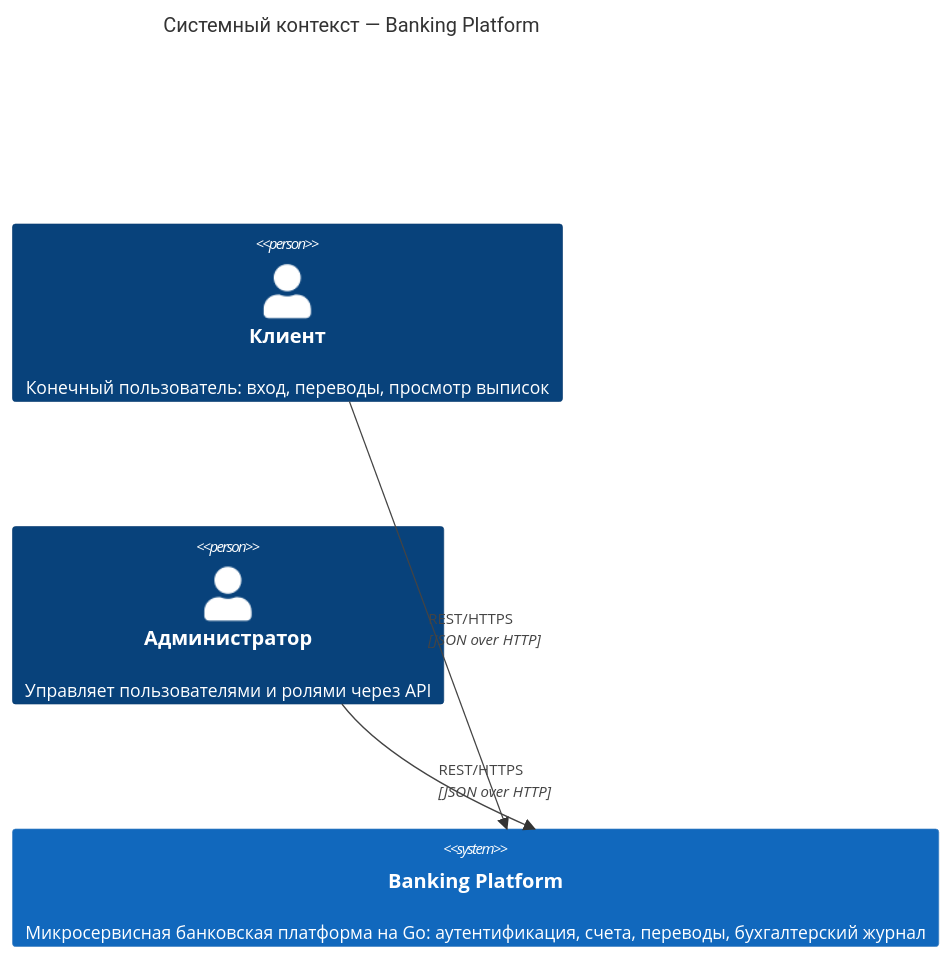
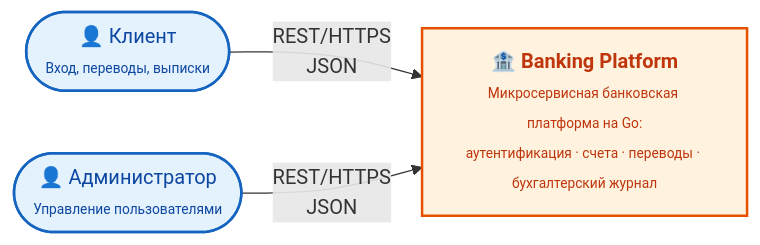
Before and after one commit to 1-infinity-1/banking-platform: the first of 4 diagrams in docs/c4.md, drawn with Mermaid. The commit also changed other lines of this file, not shown here.

First line of the commit message:
docs(c4): rewrite Context, Container, Gateway, Auth diagrams on flowchart

````diff
--- a/docs/c4.md
+++ b/docs/c4.md
@@ -13,14 +13,13 @@
 ```mermaid
-C4Context
-  title Системный контекст — Banking Platform
+flowchart LR
+    customer(["👤 Клиент<br/><span style='font-size:11px'>Вход, переводы, выписки</span>"]):::person
+    admin(["👤 Администратор<br/><span style='font-size:11px'>Управление пользователями</span>"]):::person
 
-  Person(customer, "Клиент", "Конечный пользователь: вход, переводы, просмотр выписок")
-  Person(admin, "Администратор", "Управляет пользователями и ролями через API")
+    banking["🏦 <b>Banking Platform</b><br/><span style='font-size:11px'>Микросервисная банковская платформа на Go:<br/>аутентификация · счета · переводы · бухгалтерский журнал</span>"]:::system
 
-  System(banking, "Banking Platform", "Микросервисная банковская платформа на Go: аутентификация, счета, переводы, бухгалтерский журнал")
+    customer -- "REST/HTTPS<br/>JSON" --> banking
+    admin   -- "REST/HTTPS<br/>JSON" --> banking
 
-  Rel(customer, banking, "REST/HTTPS", "JSON over HTTP")
-  Rel(admin, banking, "REST/HTTPS", "JSON over HTTP")
-
-  UpdateLayoutConfig($c4ShapeInRow="3", $c4BoundaryInRow="1")
+    classDef person   fill:#E3F2FD,stroke:#1565C0,stroke-width:2px,color:#0D47A1
+    classDef system   fill:#FFF3E0,stroke:#E65100,stroke-width:2px,color:#BF360C
 ```
````
